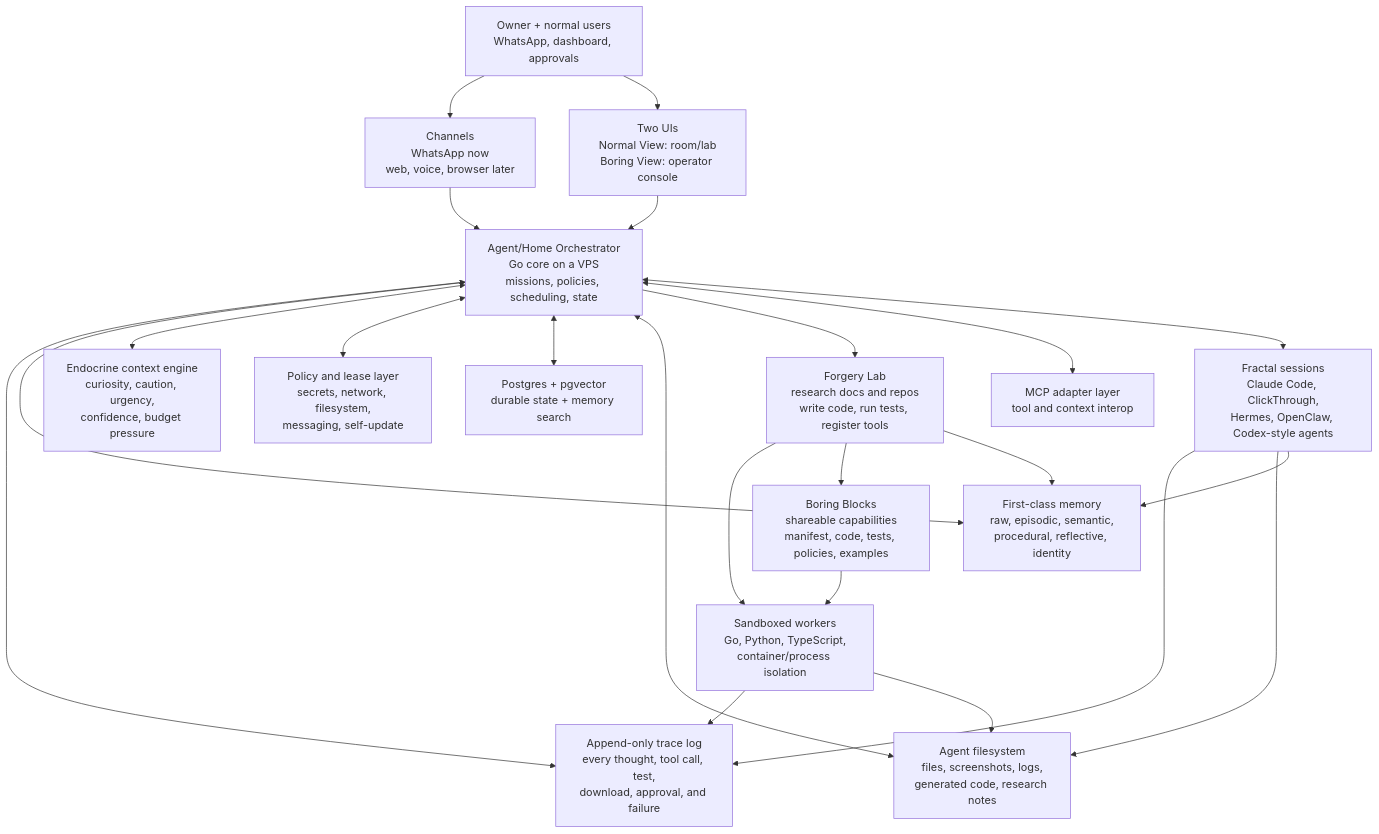
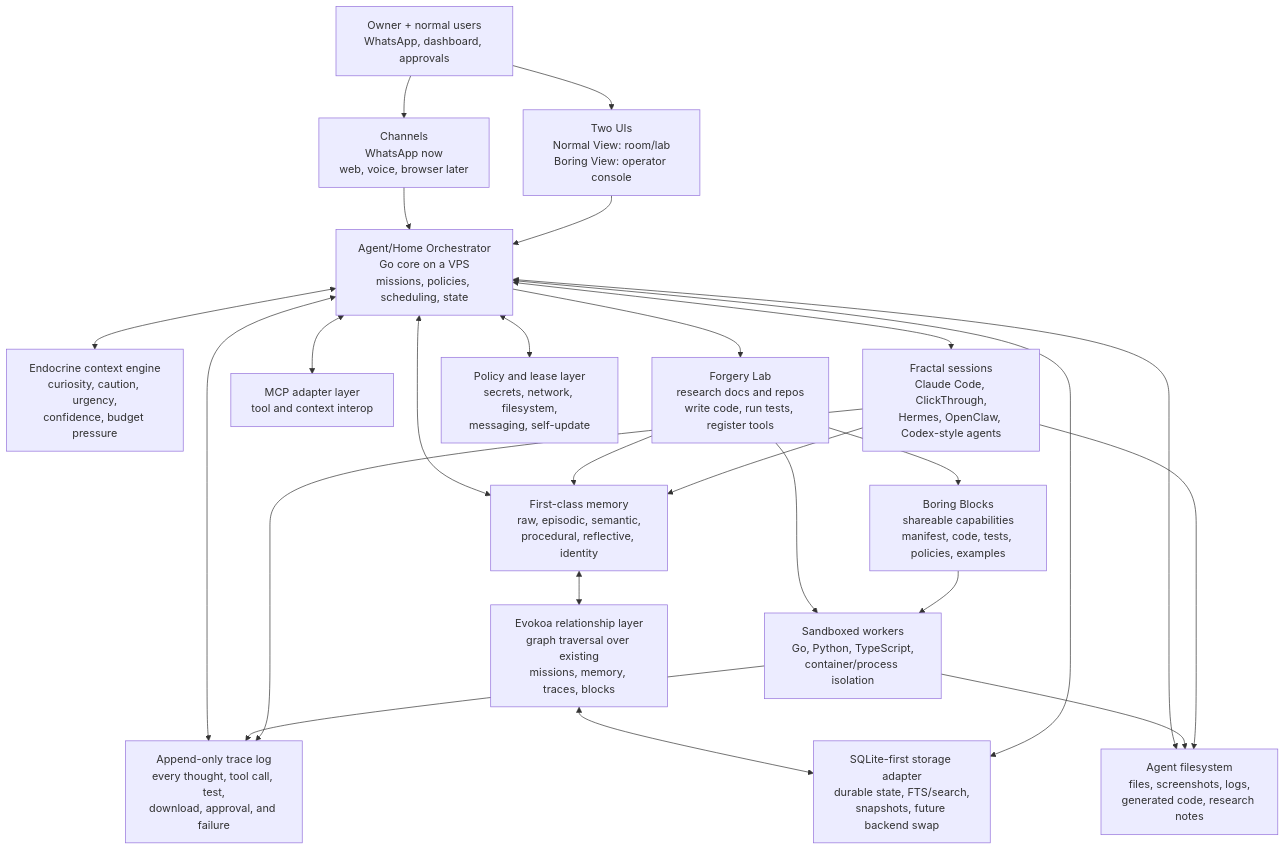
Before and after one commit to Raulgooo/boring-agent: the diagram in apps/boring-agent/ARCHITECTURE.md, drawn with Mermaid. The commit also changed other lines of this file and 4 other files, not shown here.

Commit message:
Document benchmark-driven agent architecture

````diff
--- a/apps/boring-agent/ARCHITECTURE.md
+++ b/apps/boring-agent/ARCHITECTURE.md
@@ -6,49 +6,52 @@
 ```mermaid
 flowchart TB
     Human["Owner + normal users<br/>WhatsApp, dashboard, approvals"]
     Channels["Channels<br/>WhatsApp now<br/>web, voice, browser later"]
     UI["Two UIs<br/>Normal View: room/lab<br/>Boring View: operator console"]
 
     Core["Agent/Home Orchestrator<br/>Go core on a VPS<br/>missions, policies, scheduling, state"]
 
     Events["Append-only trace log<br/>every thought, tool call, test,<br/>download, approval, and failure"]
     Memory["First-class memory<br/>raw, episodic, semantic,<br/>procedural, reflective, identity"]
+    Evokoa["Evokoa relationship layer<br/>graph traversal over existing<br/>missions, memory, traces, blocks"]
     Endocrine["Endocrine context engine<br/>curiosity, caution, urgency,<br/>confidence, budget pressure"]
 
     Forge["Forgery Lab<br/>research docs and repos<br/>write code, run tests, register tools"]
     Blocks["Boring Blocks<br/>shareable capabilities<br/>manifest, code, tests, policies, examples"]
     Workers["Sandboxed workers<br/>Go, Python, TypeScript,<br/>container/process isolation"]
 
     MCP["MCP adapter layer<br/>tool and context interop"]
     Fractals["Fractal sessions<br/>Claude Code, ClickThrough,<br/>Hermes, OpenClaw, Codex-style agents"]
 
     Artifacts["Agent filesystem<br/>files, screenshots, logs,<br/>generated code, research notes"]
-    Postgres["Postgres + pgvector<br/>durable state + memory search"]
+    Storage["SQLite-first storage adapter<br/>durable state, FTS/search,<br/>snapshots, future backend swap"]
     Policies["Policy and lease layer<br/>secrets, network, filesystem,<br/>messaging, self-update"]
 
     Human --> Channels
     Human --> UI
     Channels --> Core
     UI --> Core
 
     Core <--> Events
     Core <--> Memory
+    Memory <--> Evokoa
+    Evokoa <--> Storage
     Core <--> Endocrine
     Core <--> Policies
-    Core <--> Postgres
+    Core <--> Storage
     Core <--> Artifacts
 
     Core --> Forge
     Forge --> Workers
     Forge --> Blocks
     Blocks --> Workers
     Workers --> Events
     Workers --> Artifacts
     Forge --> Memory
 
     Core <--> MCP
     Core <--> Fractals
     Fractals --> Events
     Fractals --> Artifacts
     Fractals --> Memory
 ```
````
